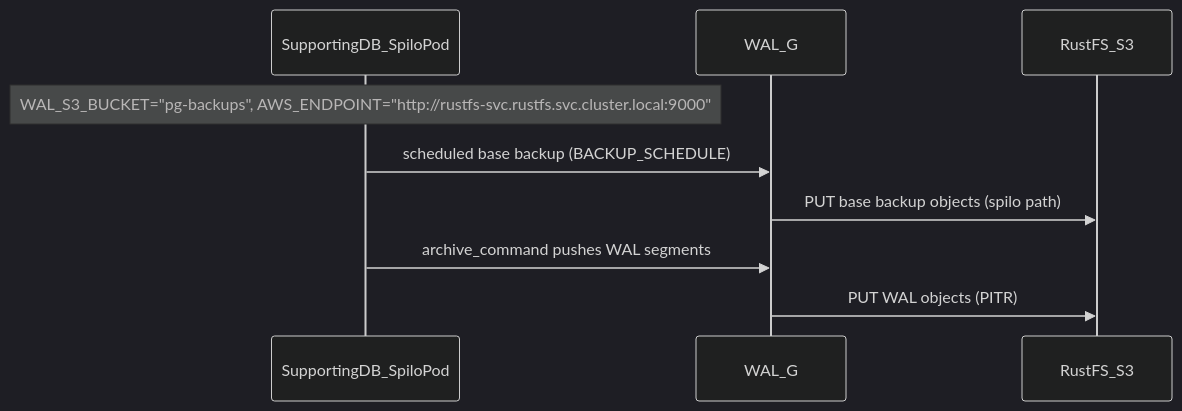
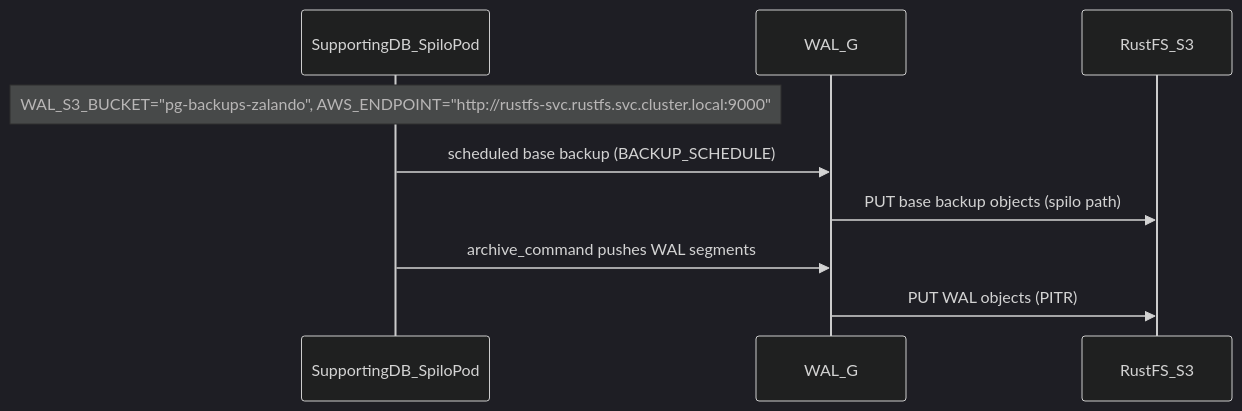
One commit to duynhlab/homelab changed the second of 4 diagrams in docs/databases/backup.md. Above: the diagram before and after it, drawn with Mermaid (dark theme). The commit also changed other lines of this file and 12 other files, not shown here.

````diff
--- a/docs/databases/backup.md
+++ b/docs/databases/backup.md
@@ -68,12 +68,12 @@
 ```mermaid
 sequenceDiagram
   participant Spilo as SupportingDB_SpiloPod
   participant WalG as WAL_G
   participant RustFS as RustFS_S3
 
-  Note over Spilo: WAL_S3_BUCKET="pg-backups", AWS_ENDPOINT="http://rustfs-svc.rustfs.svc.cluster.local:9000"
+  Note over Spilo: WAL_S3_BUCKET="pg-backups-zalando", AWS_ENDPOINT="http://rustfs-svc.rustfs.svc.cluster.local:9000"
   Spilo->>WalG: scheduled base backup (BACKUP_SCHEDULE)
   WalG->>RustFS: PUT base backup objects (spilo path)
   Spilo->>WalG: archive_command pushes WAL segments
   WalG->>RustFS: PUT WAL objects (PITR)
 ```
````
